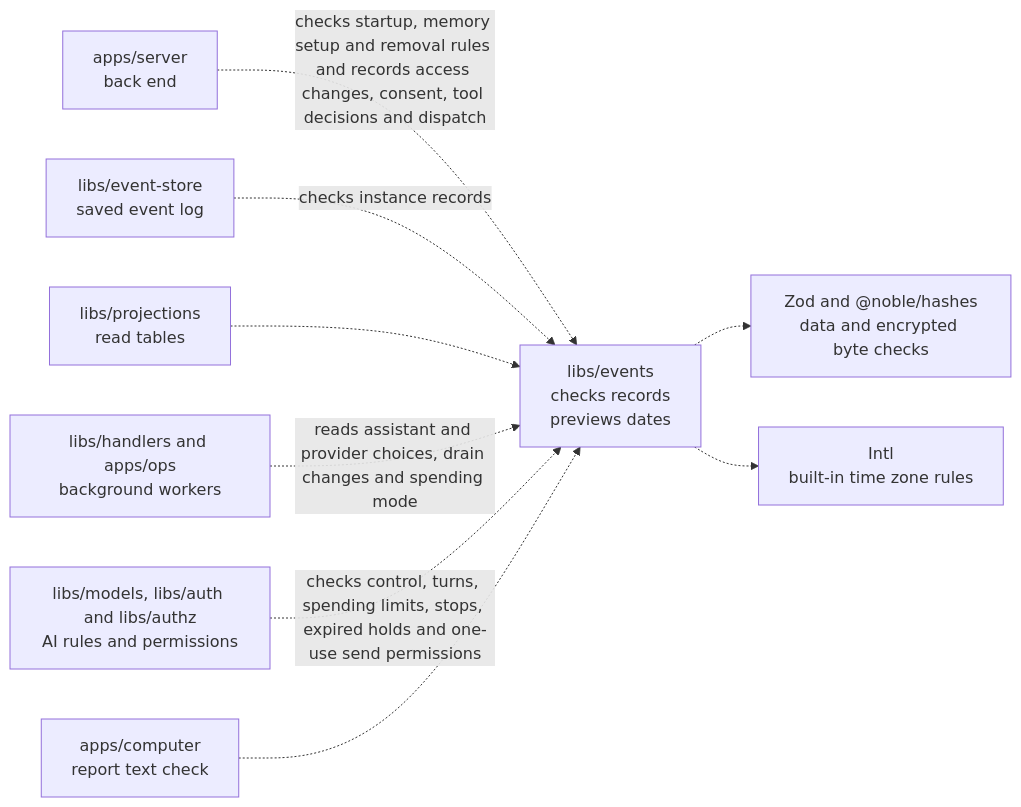
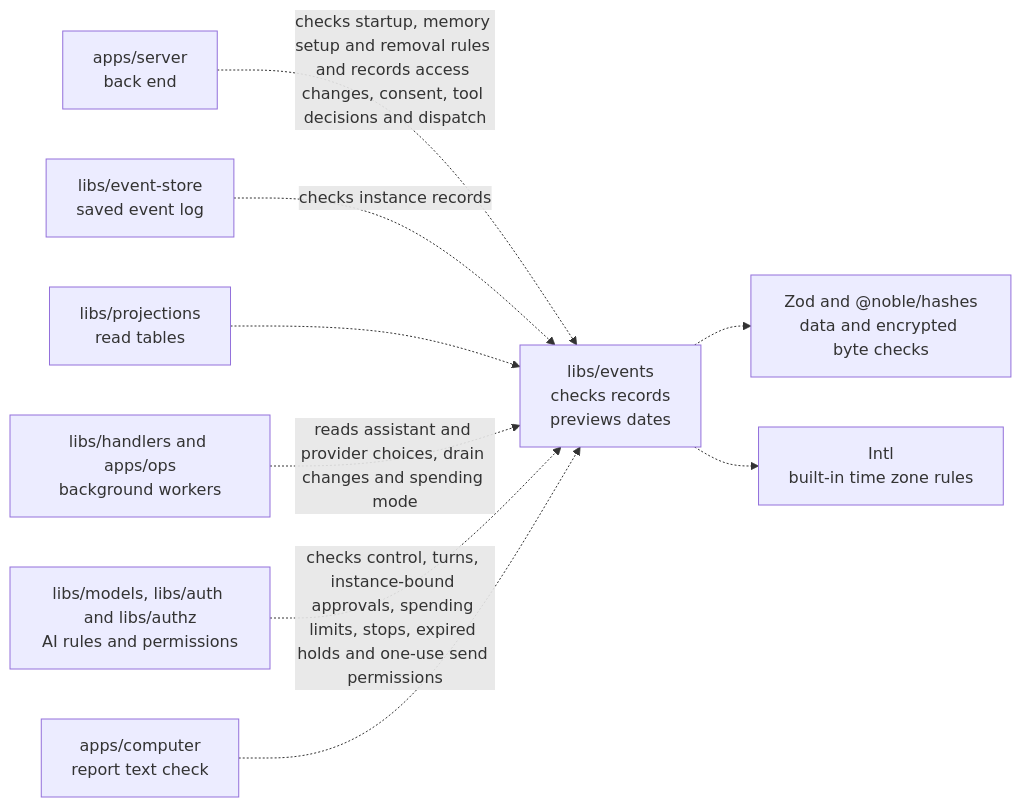
One commit to elewa-git/opencrane-new changed the diagram in libs/events/README.md. Above: the diagram before and after it, drawn with Mermaid. The commit also changed other lines of this file and 15 other files, not shown here.

````diff
--- a/libs/events/README.md
+++ b/libs/events/README.md
@@ -25,11 +25,11 @@
 ```mermaid
 flowchart LR
   server["apps/server<br/>back end"] -.->|checks startup, memory setup and removal rules and records access changes, consent, tool decisions and dispatch| events["libs/events<br/>checks records<br/>previews dates"]
   store["libs/event-store<br/>saved event log"] -.->|checks instance records| events
   projections["libs/projections<br/>read tables"] -.-> events
   workers["libs/handlers and apps/ops<br/>background workers"] -.->|reads assistant and provider choices, drain changes and spending mode| events
-  others["libs/models, libs/auth and libs/authz<br/>AI rules and permissions"] -.->|checks control, turns, spending limits, stops, expired holds and one-use send permissions| events
+  others["libs/models, libs/auth and libs/authz<br/>AI rules and permissions"] -.->|checks control, turns, instance-bound approvals, spending limits, stops, expired holds and one-use send permissions| events
   computer["apps/computer<br/>report text check"] -.-> events
   events -.-> checks["Zod and @noble/hashes<br/>data and encrypted byte checks"]
   events -.-> zones["Intl<br/>built-in time zone rules"]
 ```
````
